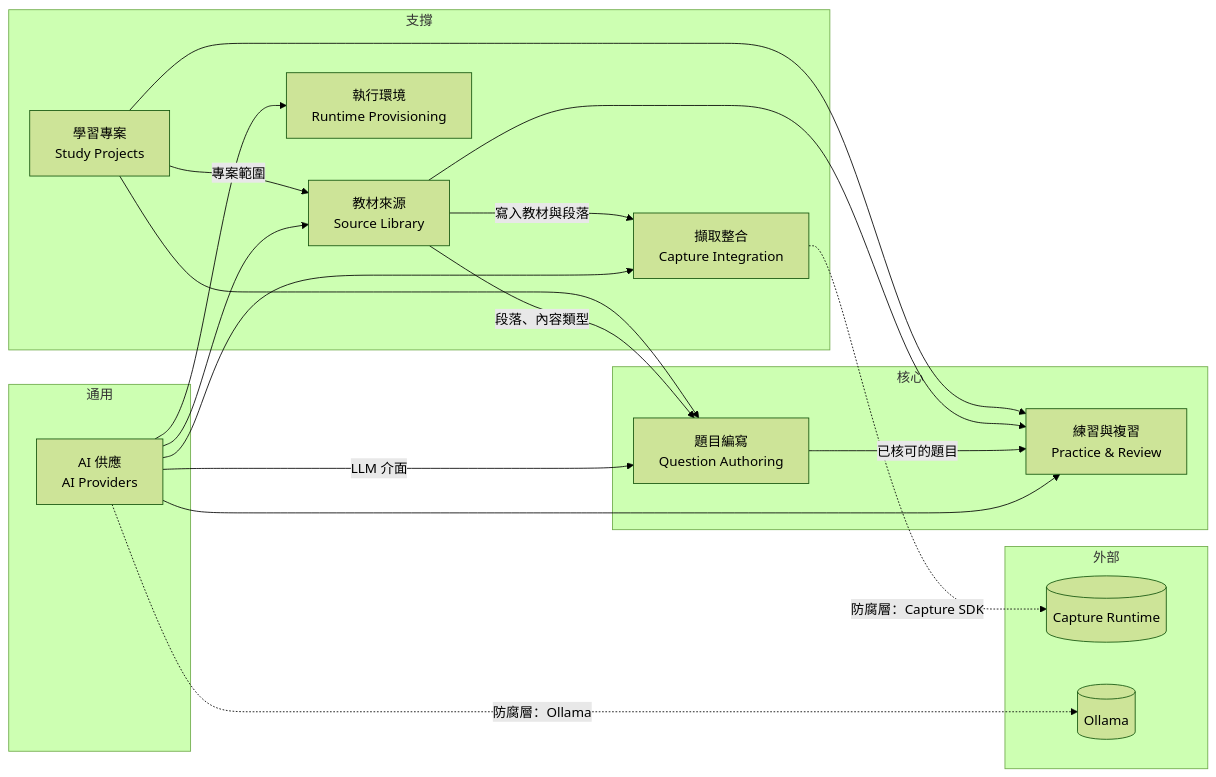
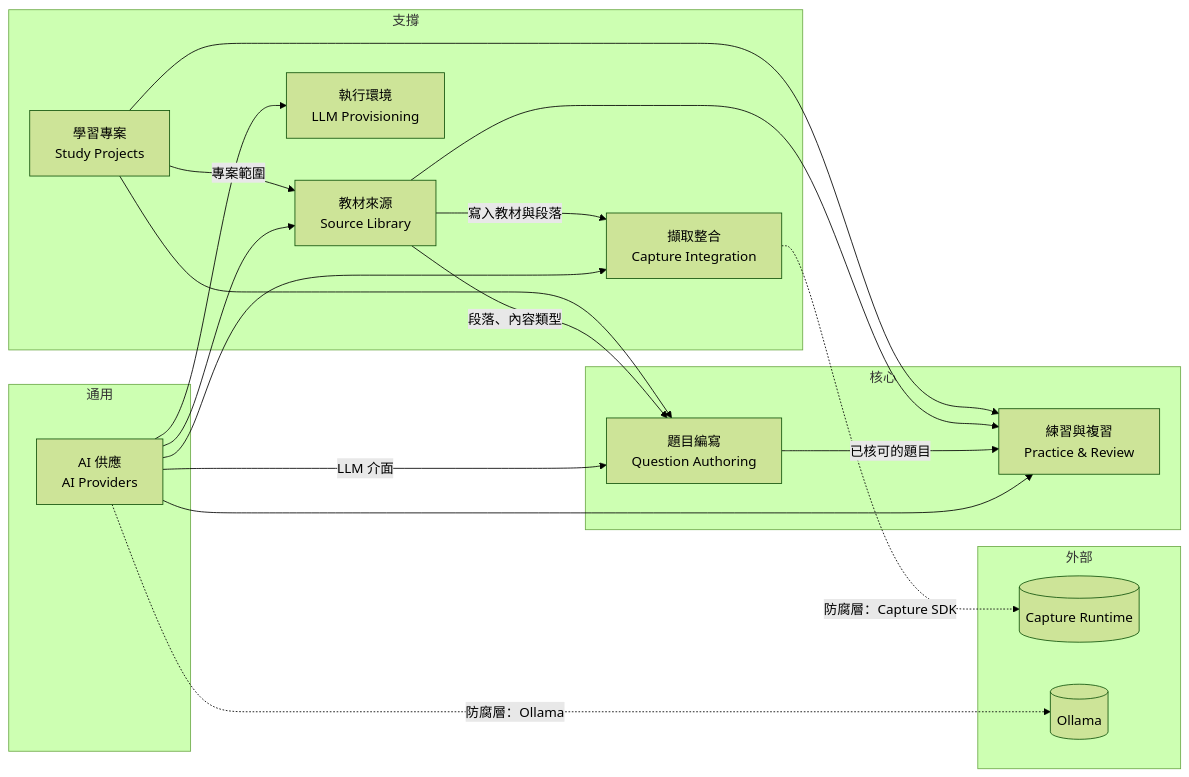
One commit to WodenWang820118/cert-prep changed the first of 2 diagrams in .agents/PLANS/ddd-refactor/README.md. Above: the diagram before and after it, drawn with Mermaid (forest theme). The commit also changed other lines of this file and 221 other files, not shown here.

First line of the commit message:
refactor: LLM runtimes are named by what they run; a source is a pdf, image or recording

````diff
--- a/.agents/PLANS/ddd-refactor/README.md
+++ b/.agents/PLANS/ddd-refactor/README.md
@@ -35,34 +35,34 @@
 ```mermaid
 flowchart LR
   subgraph 核心
     AUTH["題目編寫<br/>Question Authoring"]
     PRAC["練習與複習<br/>Practice & Review"]
   end
   subgraph 支撐
     PROJ["學習專案<br/>Study Projects"]
     SRC["教材來源<br/>Source Library"]
     CAP["擷取整合<br/>Capture Integration"]
-    RUN["執行環境<br/>Runtime Provisioning"]
+    RUN["執行環境<br/>LLM Provisioning"]
   end
   subgraph 通用
     AI["AI 供應<br/>AI Providers"]
   end
   subgraph 外部
     CR[(Capture Runtime)]
     OL[(Ollama)]
   end
   PROJ -- "專案範圍" --> SRC
   PROJ --> AUTH
   PROJ --> PRAC
   SRC -- "段落、內容類型" --> AUTH
   SRC -- "寫入教材與段落" --> CAP
   SRC --> PRAC
   AUTH -- "已核可的題目" --> PRAC
   AI -- "LLM 介面" --> AUTH
   AI --> PRAC
   AI --> CAP
   AI --> SRC
   AI --> RUN
   CAP -. 防腐層：Capture SDK .-> CR
   AI -. 防腐層：Ollama .-> OL
 ```
````
